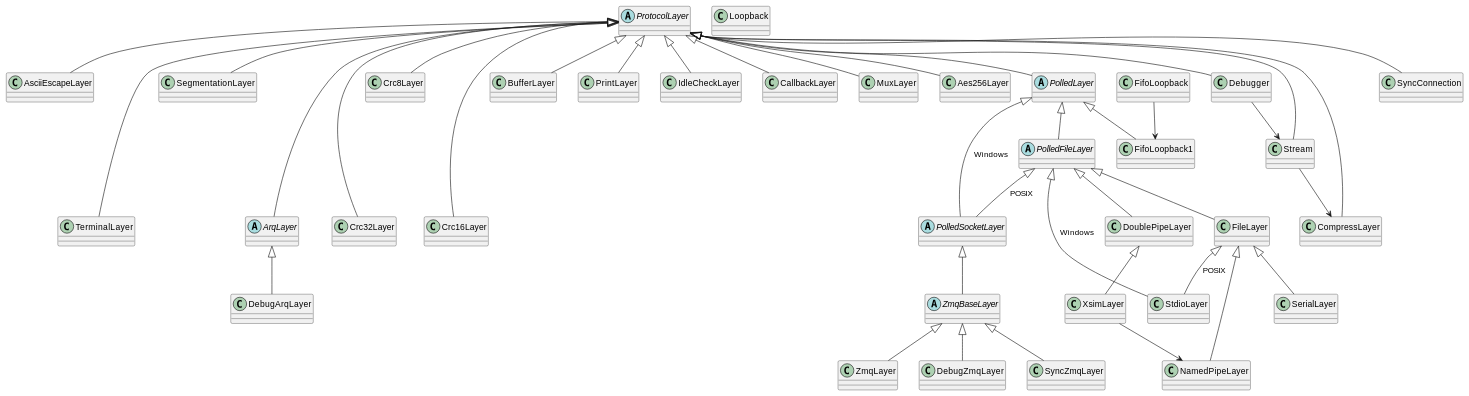
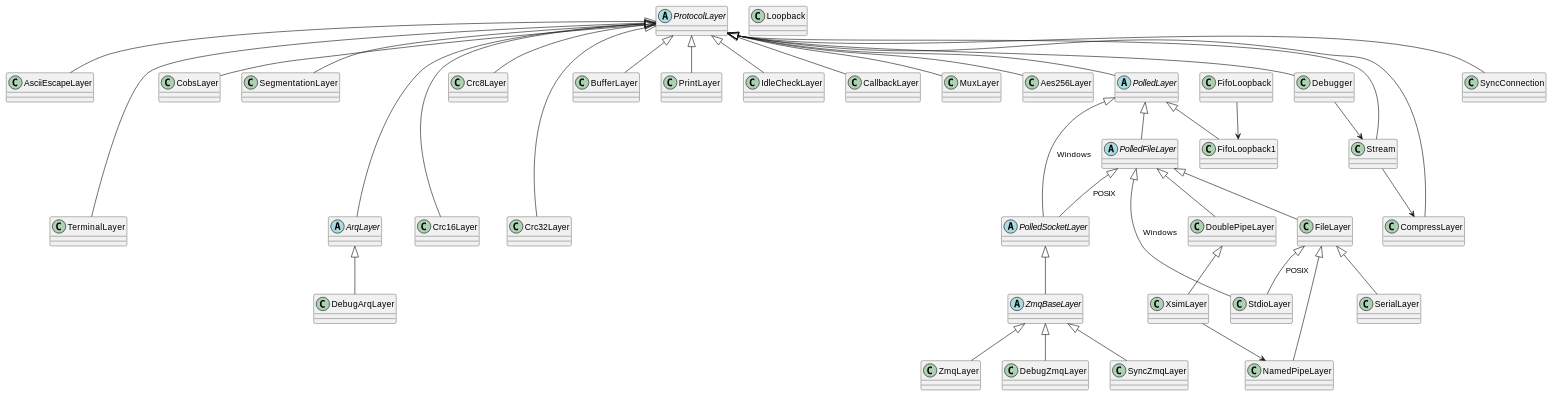
The diagram in sphinx/doc/cpp_protocol.rst (DEMCON/libstored), drawn with PlantUML before and after one commit. The commit also changed other lines of this file and 4 other files, not shown here.

Commit message:
add CobsLayer to python

```diff
--- a/sphinx/doc/cpp_protocol.rst
+++ b/sphinx/doc/cpp_protocol.rst
@@ -80,56 +80,57 @@
 .. uml::
 
    abstract ProtocolLayer
    ProtocolLayer <|-- AsciiEscapeLayer
    ProtocolLayer <|-- TerminalLayer
    AsciiEscapeLayer -[hidden]--> TerminalLayer
+   ProtocolLayer <|-- CobsLayer
    ProtocolLayer <|-- SegmentationLayer
    ProtocolLayer <|-- Crc8Layer
    ProtocolLayer <|-- Crc16Layer
    ProtocolLayer <|-- Crc32Layer
    Crc8Layer -[hidden]--> Crc16Layer
    Crc8Layer -[hidden]--> Crc32Layer
    ProtocolLayer <|-- BufferLayer
    ProtocolLayer <|-- PrintLayer
    ProtocolLayer <|-- IdleCheckLayer
    ProtocolLayer <|-- CallbackLayer
    ProtocolLayer <|-- MuxLayer
    ProtocolLayer <|-- Aes256Layer
 
    abstract ArqLayer
    SegmentationLayer -[hidden]--> ArqLayer
    ProtocolLayer <|-- ArqLayer
    ArqLayer <|-- DebugArqLayer
 
    abstract PolledLayer
    abstract PolledFileLayer
    abstract PolledSocketLayer
    ProtocolLayer <|-- PolledLayer
    PolledLayer <|-- PolledFileLayer
    PolledFileLayer <|-- FileLayer
    FileLayer <|-- NamedPipeLayer
    PolledFileLayer <|-- DoublePipeLayer
    DoublePipeLayer <|-- XsimLayer
    XsimLayer --> NamedPipeLayer
    PolledLayer <|-- PolledSocketLayer : Windows
    PolledFileLayer <|-- PolledSocketLayer : POSIX
    PolledFileLayer <|-- StdioLayer : Windows
    FileLayer <|-- StdioLayer : POSIX
    ProtocolLayer <|-- CompressLayer
    PolledLayer <|-- FifoLoopback1
    FileLayer <|-- SerialLayer
 
    ProtocolLayer <|-- Stream
    Debugger --> Stream
    Stream --> CompressLayer
    ProtocolLayer <|-- Debugger
    ProtocolLayer <|-- SyncConnection
 
    abstract ZmqBaseLayer
    PolledSocketLayer <|-- ZmqBaseLayer
    ZmqBaseLayer <|-- DebugZmqLayer
    ZmqBaseLayer <|-- SyncZmqLayer
    ZmqBaseLayer <|-- ZmqLayer
 
    class Loopback
    FifoLoopback --> FifoLoopback1
```
